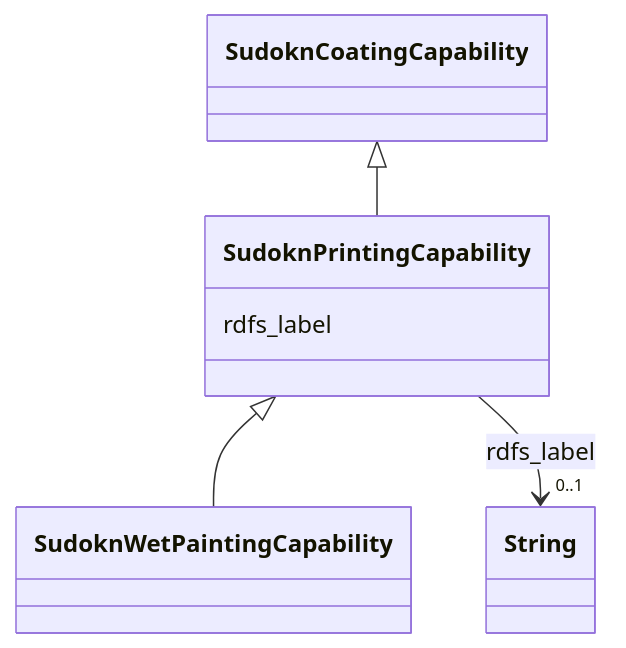
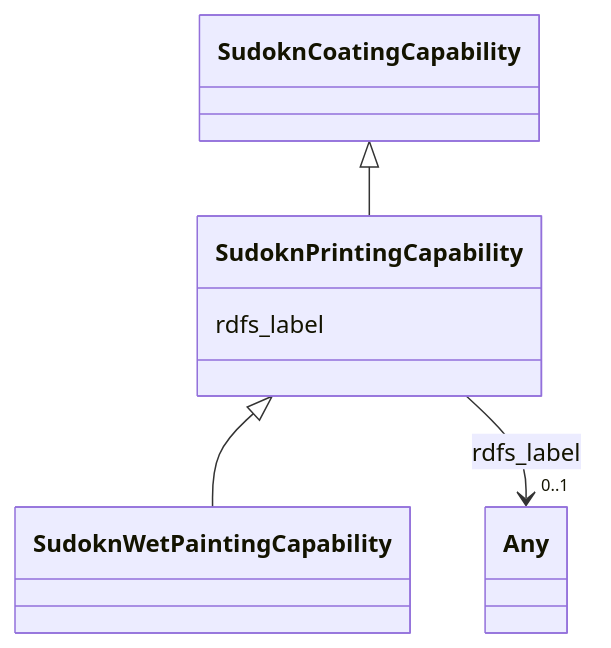
One commit to frink-okn/graph-descriptions changed the diagram in sudokn-kg/classes/SudoknPrintingCapability.md. Above: the diagram before and after it, drawn with Mermaid. The commit also changed other lines of this file and 903 other files, not shown here.

````diff
--- a/sudokn-kg/classes/SudoknPrintingCapability.md
+++ b/sudokn-kg/classes/SudoknPrintingCapability.md
@@ -23,23 +18,23 @@
 ```mermaid
  classDiagram
     class SudoknPrintingCapability
     click SudoknPrintingCapability href "../SudoknPrintingCapability"
       SudoknCoatingCapability <|-- SudoknPrintingCapability
         click SudoknCoatingCapability href "../SudoknCoatingCapability"
       
 
       SudoknPrintingCapability <|-- SudoknWetPaintingCapability
         click SudoknWetPaintingCapability href "../SudoknWetPaintingCapability"
       
       
       SudoknPrintingCapability : rdfs_label
         
           
     
     
-    SudoknPrintingCapability --> "0..1" String : rdfs_label
-    click String href "../String"
+    SudoknPrintingCapability --> "0..1" Any : rdfs_label
+    click Any href "../Any"
 
         
       
 ```
````
